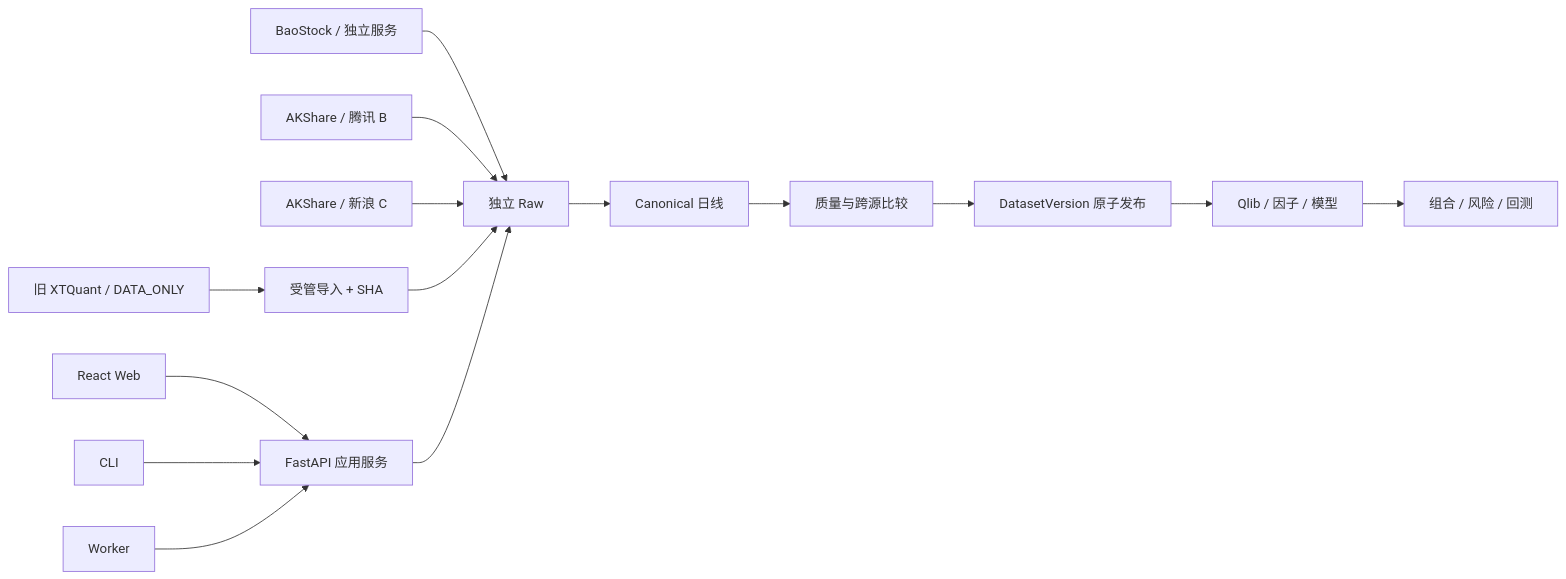
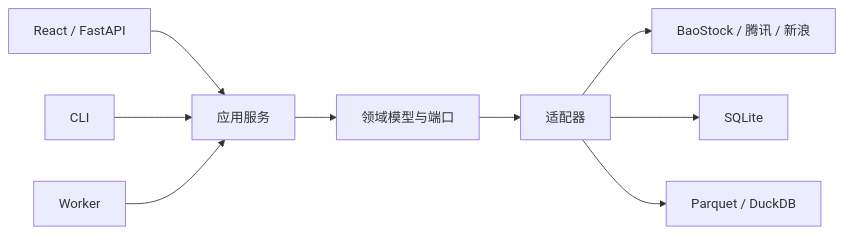
One commit to UselessRoman/QuantKingV3 changed the diagram in docs/ARCHITECTURE.md. Above: the diagram before and after it, drawn with Mermaid. The commit also changed other lines of this file and 203 other files, not shown here.

````diff
--- a/docs/ARCHITECTURE.md
+++ b/docs/ARCHITECTURE.md
@@ -7,17 +9,11 @@
 ```mermaid
 flowchart LR
-    BS["BaoStock / 独立服务"] --> RAW["独立 Raw"]
-    TX["AKShare / 腾讯 B"] --> RAW["独立 Raw"]
-    SN["AKShare / 新浪 C"] --> RAW
-    LEGACY["旧 XTQuant / DATA_ONLY"] --> IMPORT["受管导入 + SHA"]
-    IMPORT --> RAW
-    RAW --> CAN["Canonical 日线"]
-    CAN --> QA["质量与跨源比较"]
-    QA --> PUB["DatasetVersion 原子发布"]
-    PUB --> RESEARCH["Qlib / 因子 / 模型"]
-    RESEARCH --> PORTFOLIO["组合 / 风险 / 回测"]
-    WEB["React Web"] --> APP["FastAPI 应用服务"]
-    CLI["CLI"] --> APP
-    WORKER["Worker"] --> APP
-    APP --> RAW
+    WEB[React / FastAPI] --> APP[应用服务]
+    CLI[CLI] --> APP
+    WORKER[Worker] --> APP
+    APP --> DOMAIN[领域模型与端口]
+    DOMAIN --> ADAPTERS[适配器]
+    ADAPTERS --> SOURCES[BaoStock / 腾讯 / 新浪]
+    ADAPTERS --> META[SQLite]
+    ADAPTERS --> DATA[Parquet / DuckDB]
 ```
````
